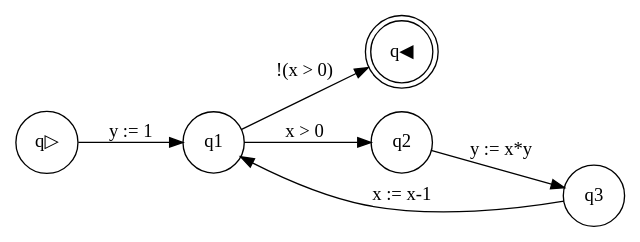
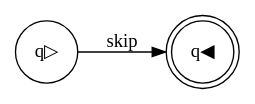
One commit to montymse/GCLMOD changed the diagram in graph.gv. Above: the diagram before and after it, drawn with Graphviz. The commit also changed 2 other files, not shown here.

```diff
--- a/graph.gv
+++ b/graph.gv
@@ -1,10 +1,6 @@
 digraph program_graph {rankdir=LR;
 node [shape = circle]; q▷;
 node [shape = doublecircle]; q◀; 
 node [shape = circle]
-	q▷ -> q1 [label = "y := 1"];
-	q1 -> q2 [label = "x > 0"];
-	q2 -> q3 [label = "y := x*y"];
-	q3 -> q1 [label = "x := x-1"];
-	q1 -> q◀ [label = "!(x > 0)"];
+	q▷ -> q◀ [label = "skip"];
 }
```
